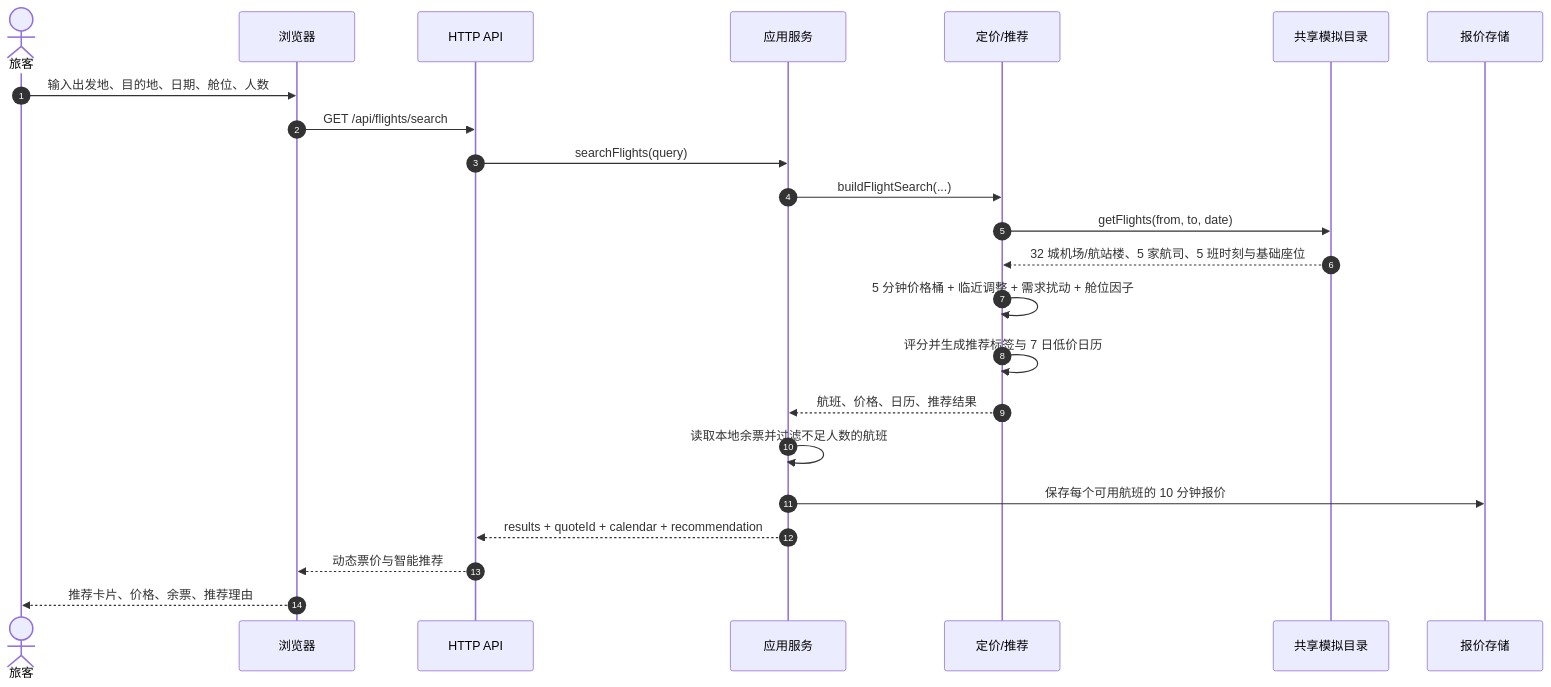
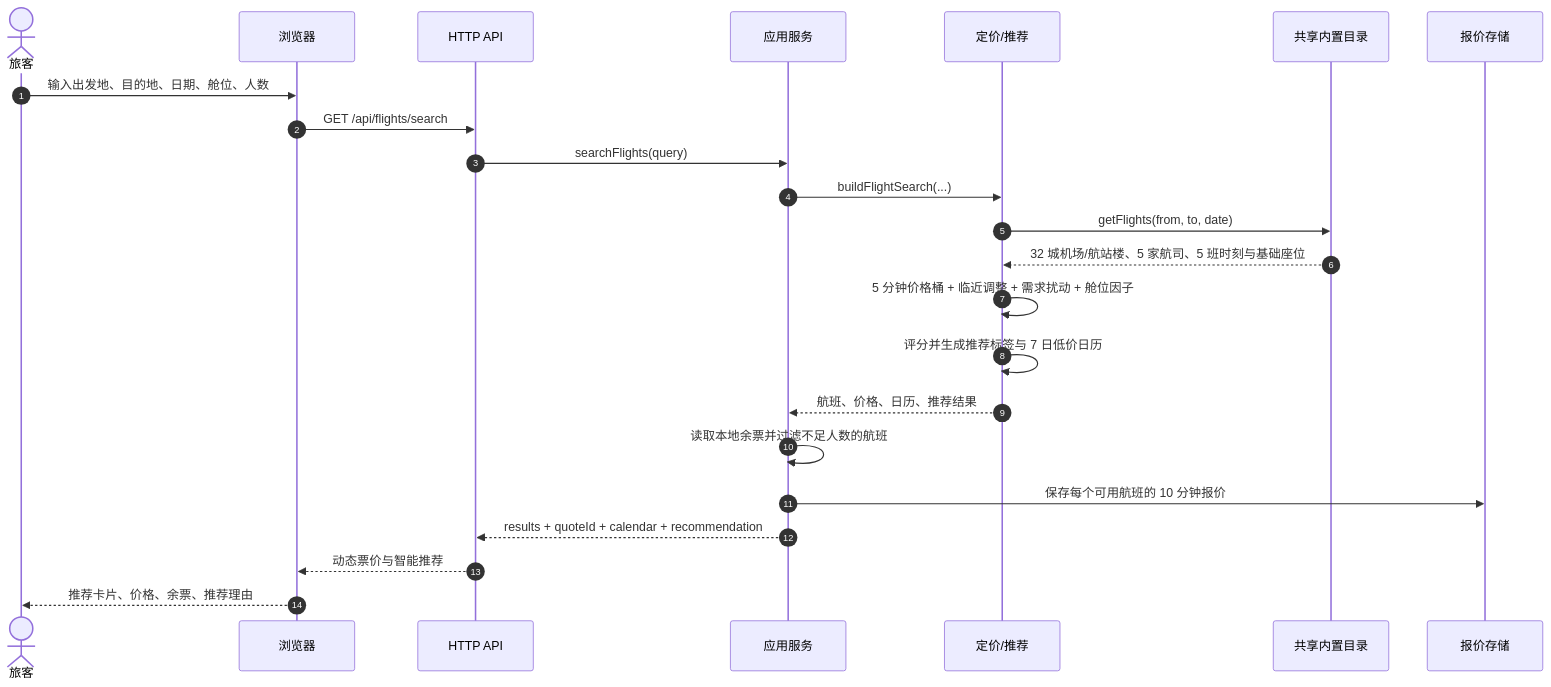
Before and after one commit to lonelyhty/hebut-xiecheng-se24: the third of 7 diagrams in docs/design.md, drawn with Mermaid. The commit also changed other lines of this file and 50 other files, not shown here.

````diff
--- a/docs/design.md
+++ b/docs/design.md
@@ -125,26 +125,26 @@
 ```mermaid
 sequenceDiagram
   autonumber
   actor Traveler as 旅客
   participant Web as 浏览器
   participant API as HTTP API
   participant Service as 应用服务
   participant Pricing as 定价/推荐
-  participant Catalog as 共享模拟目录
+  participant Catalog as 共享内置目录
   participant Quotes as 报价存储
 
   Traveler->>Web: 输入出发地、目的地、日期、舱位、人数
   Web->>API: GET /api/flights/search
   API->>Service: searchFlights(query)
   Service->>Pricing: buildFlightSearch(...)
   Pricing->>Catalog: getFlights(from, to, date)
   Catalog-->>Pricing: 32 城机场/航站楼、5 家航司、5 班时刻与基础座位
   Pricing->>Pricing: 5 分钟价格桶 + 临近调整 + 需求扰动 + 舱位因子
   Pricing->>Pricing: 评分并生成推荐标签与 7 日低价日历
   Pricing-->>Service: 航班、价格、日历、推荐结果
   Service->>Service: 读取本地余票并过滤不足人数的航班
   Service->>Quotes: 保存每个可用航班的 10 分钟报价
   Service-->>API: results + quoteId + calendar + recommendation
   API-->>Web: 动态票价与智能推荐
   Web-->>Traveler: 推荐卡片、价格、余票、推荐理由
 ```
````
